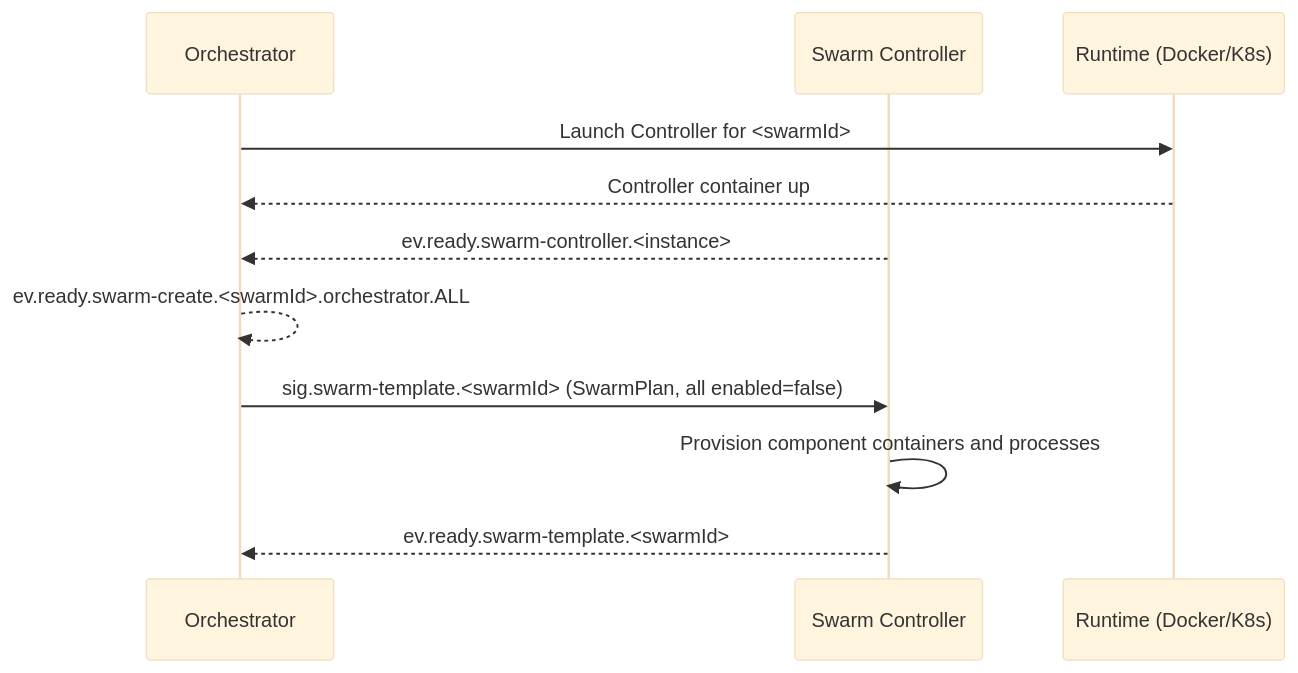
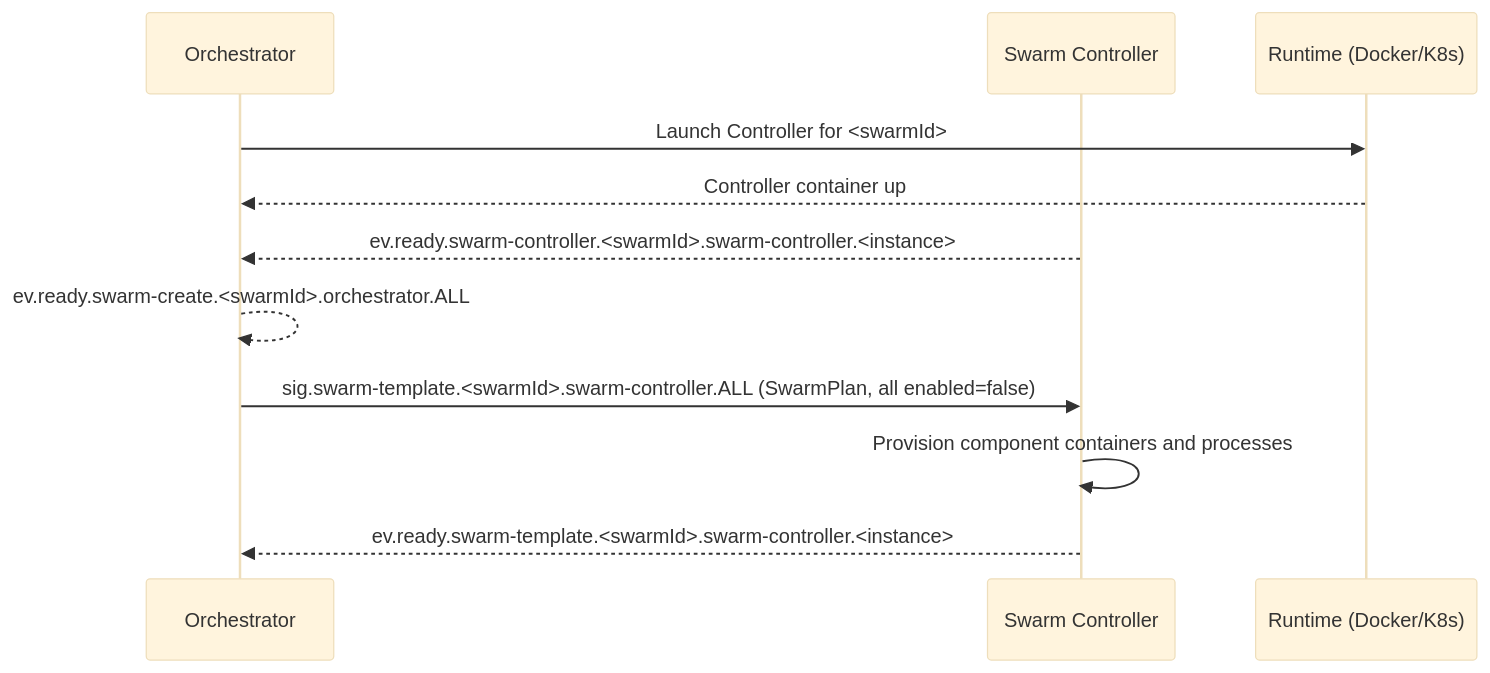
Before and after one commit to sepa79/PocketHive: the first of 8 diagrams in docs/ARCHITECTURE.md, drawn with Mermaid (base theme). The commit also changed other lines of this file and 29 other files, not shown here.

````diff
--- a/docs/ARCHITECTURE.md
+++ b/docs/ARCHITECTURE.md
@@ -157,15 +164,15 @@
 ```mermaid
 sequenceDiagram
   participant QN as Orchestrator
   participant MSH as Swarm Controller
   participant RT as Runtime (Docker/K8s)
 
   QN->>RT: Launch Controller for <swarmId>
   RT-->>QN: Controller container up
-  MSH-->>QN: ev.ready.swarm-controller.<instance>
+  MSH-->>QN: ev.ready.swarm-controller.<swarmId>.swarm-controller.<instance>
   QN-->>QN: ev.ready.swarm-create.<swarmId>.orchestrator.ALL
 
-  QN->>MSH: sig.swarm-template.<swarmId> (SwarmPlan, all enabled=false)
+  QN->>MSH: sig.swarm-template.<swarmId>.swarm-controller.ALL (SwarmPlan, all enabled=false)
   MSH->>MSH: Provision component containers and processes
-  MSH-->>QN: ev.ready.swarm-template.<swarmId>
+  MSH-->>QN: ev.ready.swarm-template.<swarmId>.swarm-controller.<instance>
 ```
````
